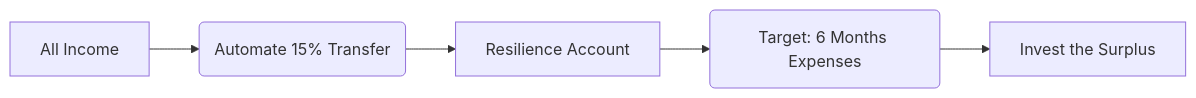
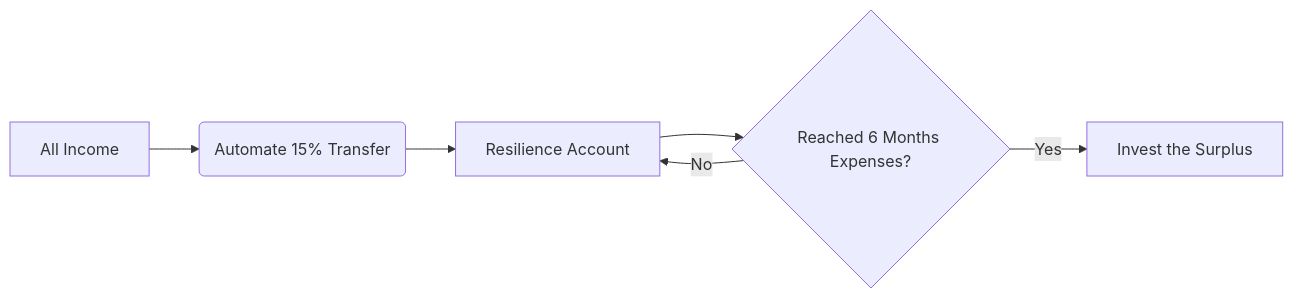
The first of 2 diagrams in content/money-freedom/olive-grove-economy/index.md (salahnomad/salahnomad.github.io), drawn with Mermaid before and after one commit. The commit also changed other lines of this file and 3 other files, not shown here.

```diff
--- a/content/money-freedom/olive-grove-economy/index.md
+++ b/content/money-freedom/olive-grove-economy/index.md
@@ -166,7 +208,8 @@
 {{< mermaid >}}
 graph LR
     A[All Income] --> B(Automate 15% Transfer);
     B --> C[Resilience Account];
-    C --> D(Target: 6 Months Expenses);
-    D --> E[Invest the Surplus];
+    C --> D{Reached 6 Months Expenses?};
+    D -->|No| C;
+    D -->|Yes| E[Invest the Surplus];
 {{< /mermaid >}}
```
